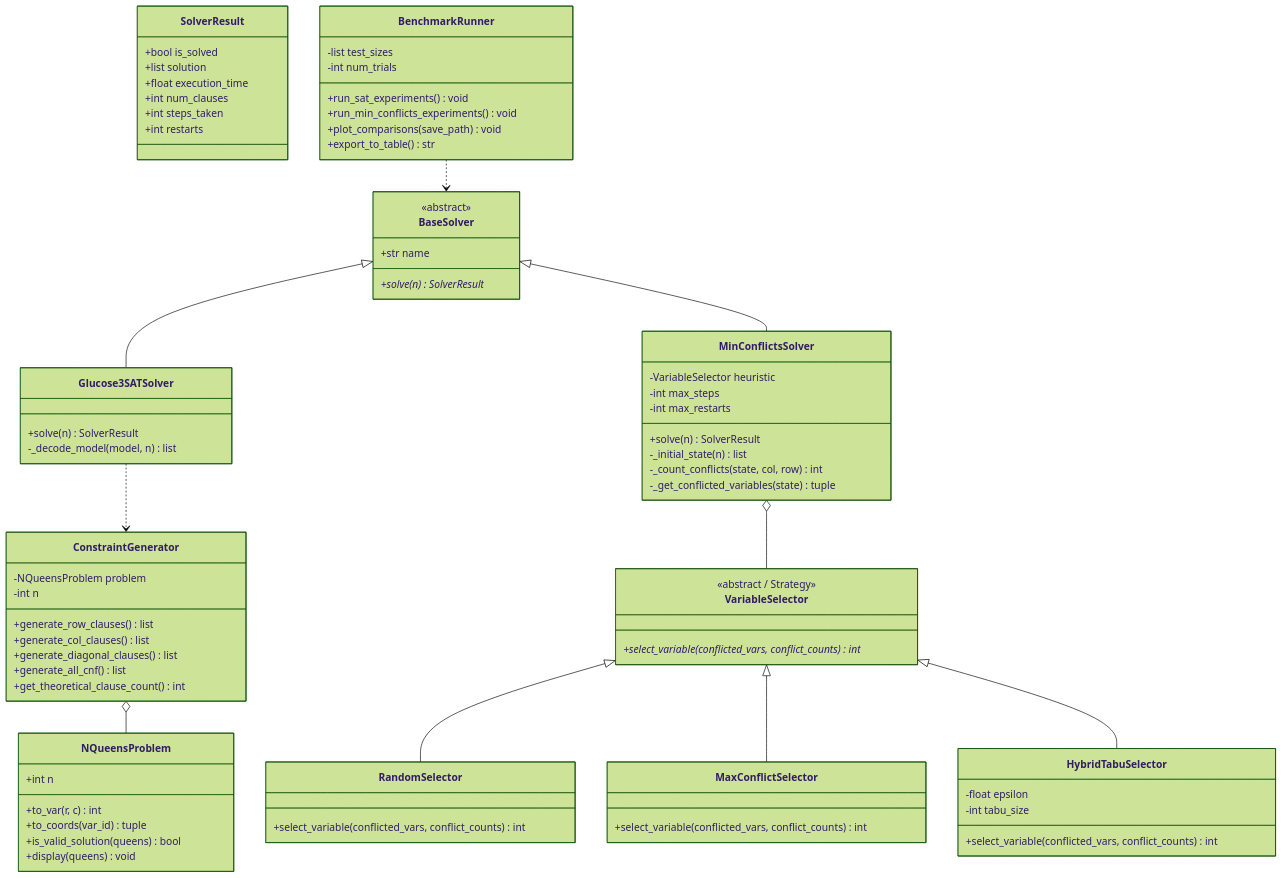
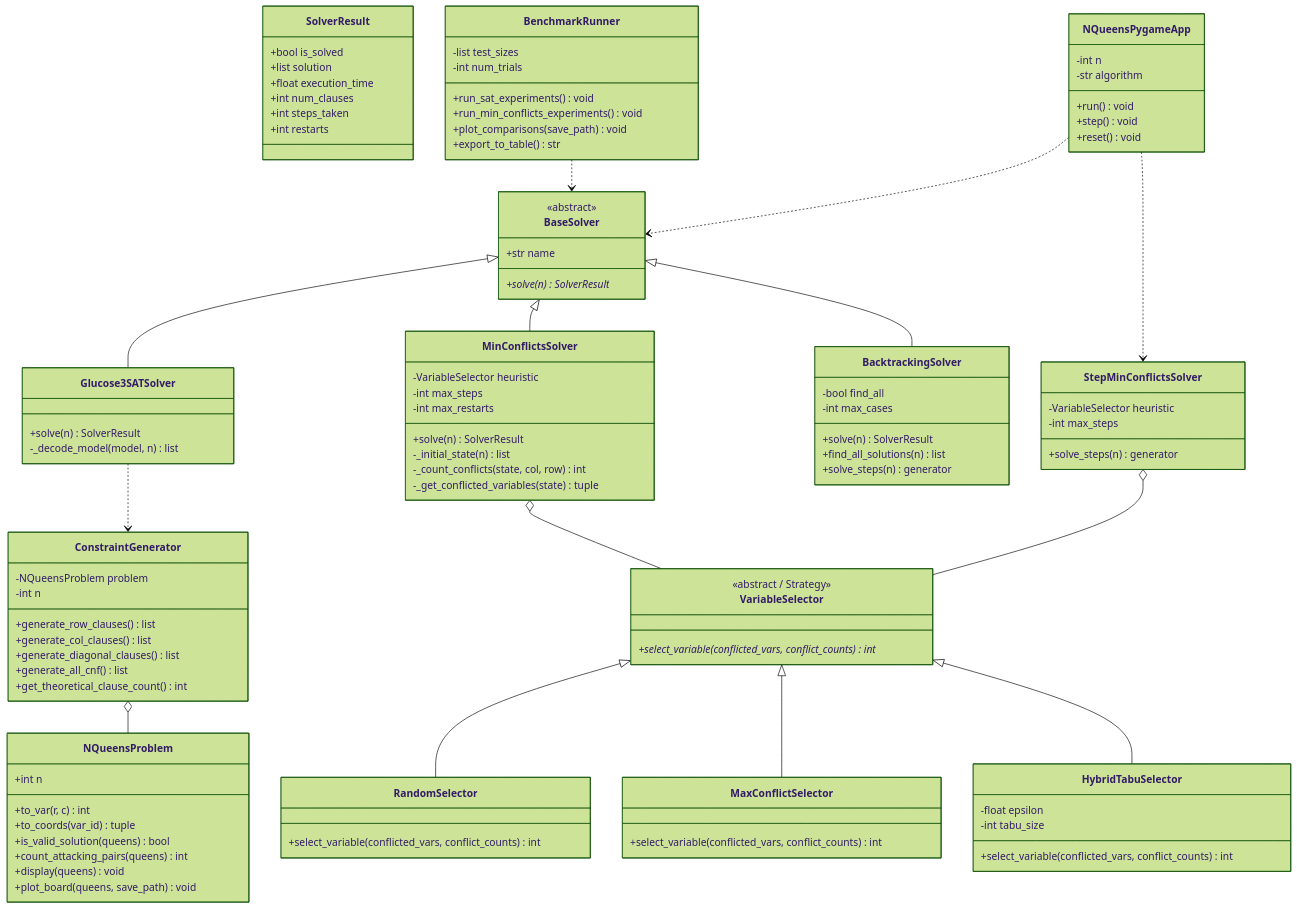
Before and after one commit to HuuTan12/Final_AI_BanSung: the diagram in docs/diagrams/task1_diagrams.mmd, drawn with Mermaid (forest theme). The commit also changed 91 other files, not shown here.

```diff
--- a/docs/diagrams/task1_diagrams.mmd
+++ b/docs/diagrams/task1_diagrams.mmd
@@ -1,86 +1,114 @@
 classDiagram
   class NQueensProblem {
     +int n
     +to_var(r, c) int
     +to_coords(var_id) tuple
     +is_valid_solution(queens) bool
+    +count_attacking_pairs(queens) int
     +display(queens) void
+    +plot_board(queens, save_path) void
   }
 
   class ConstraintGenerator {
     -NQueensProblem problem
     -int n
     +generate_row_clauses() list
     +generate_col_clauses() list
     +generate_diagonal_clauses() list
     +generate_all_cnf() list
     +get_theoretical_clause_count() int
   }
 
   class BaseSolver {
     <<abstract>>
     +str name
     +solve(n) SolverResult*
   }
 
   class SolverResult {
     +bool is_solved
     +list solution
     +float execution_time
     +int num_clauses
     +int steps_taken
     +int restarts
   }
 
   class Glucose3SATSolver {
     +solve(n) SolverResult
     -_decode_model(model, n) list
   }
 
   class MinConflictsSolver {
     -VariableSelector heuristic
     -int max_steps
     -int max_restarts
     +solve(n) SolverResult
     -_initial_state(n) list
     -_count_conflicts(state, col, row) int
     -_get_conflicted_variables(state) tuple
   }
 
+  class BacktrackingSolver {
+    -bool find_all
+    -int max_cases
+    +solve(n) SolverResult
+    +find_all_solutions(n) list
+    +solve_steps(n) generator
+  }
+
+  class StepMinConflictsSolver {
+    -VariableSelector heuristic
+    -int max_steps
+    +solve_steps(n) generator
+  }
+
   class VariableSelector {
     <<abstract / Strategy>>
     +select_variable(conflicted_vars, conflict_counts)* int
   }
 
   class RandomSelector {
     +select_variable(conflicted_vars, conflict_counts) int
   }
 
   class MaxConflictSelector {
     +select_variable(conflicted_vars, conflict_counts) int
   }
 
   class HybridTabuSelector {
     -float epsilon
     -int tabu_size
     +select_variable(conflicted_vars, conflict_counts) int
   }
 
   class BenchmarkRunner {
     -list test_sizes
     -int num_trials
     +run_sat_experiments() void
     +run_min_conflicts_experiments() void
     +plot_comparisons(save_path) void
     +export_to_table() str
   }
 
+  class NQueensPygameApp {
+    -int n
+    -str algorithm
+    +run() void
+    +step() void
+    +reset() void
+  }
+
   ConstraintGenerator o-- NQueensProblem
   BaseSolver <|-- Glucose3SATSolver
   BaseSolver <|-- MinConflictsSolver
+  BaseSolver <|-- BacktrackingSolver
   VariableSelector <|-- RandomSelector
   VariableSelector <|-- MaxConflictSelector
   VariableSelector <|-- HybridTabuSelector
   MinConflictsSolver o-- VariableSelector
+  StepMinConflictsSolver o-- VariableSelector
   Glucose3SATSolver ..> ConstraintGenerator
   BenchmarkRunner ..> BaseSolver
+  NQueensPygameApp ..> BaseSolver
+  NQueensPygameApp ..> StepMinConflictsSolver
```
